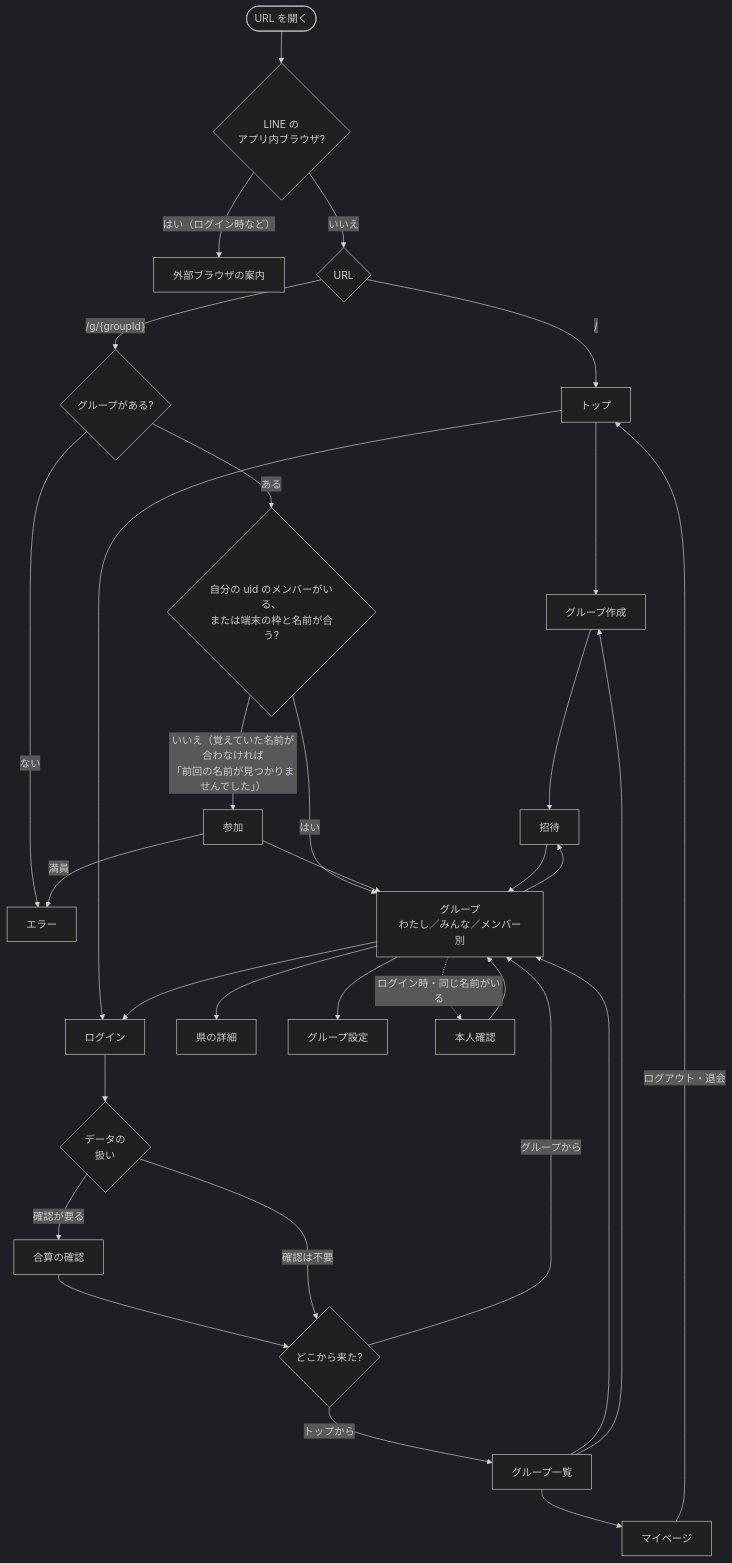
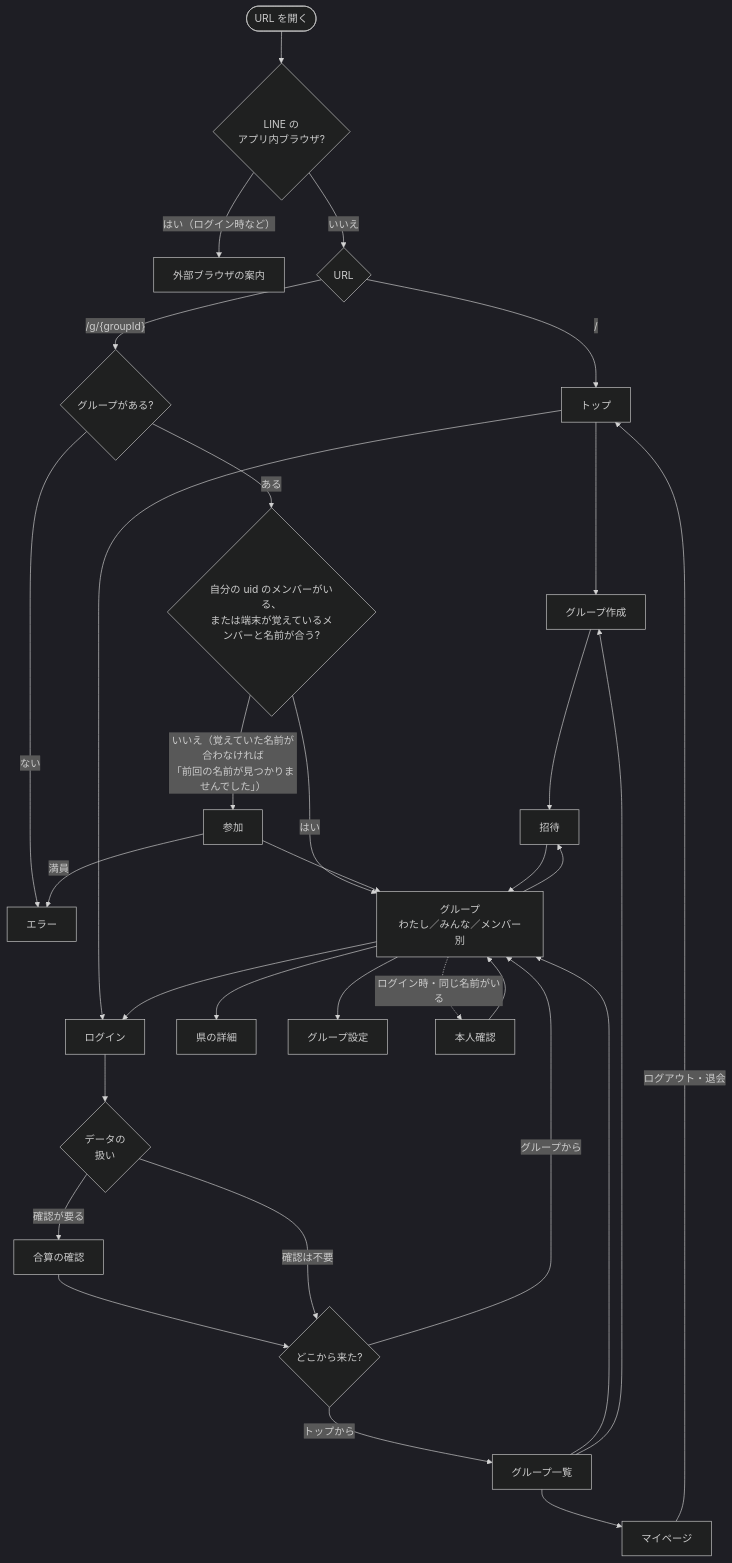
Before and after one commit to yuppy52/tabikaigi-map: the diagram in docs/design/screens.md, drawn with Mermaid (dark theme). The commit also changed other lines of this file and 11 other files, not shown here.

````diff
--- a/docs/design/screens.md
+++ b/docs/design/screens.md
@@ -30,35 +31,35 @@
 ```mermaid
 flowchart TD
   Start(["URL を開く"]) --> IsLine{"LINE の<br/>アプリ内ブラウザ?"}
   IsLine -- "はい（ログイン時など）" --> ExtGuide["外部ブラウザの案内"]
   IsLine -- "いいえ" --> Route{"URL"}
 
   Route -- "/" --> Top["トップ"]
   Route -- "/g/{groupId}" --> Exists{"グループがある?"}
   Exists -- "ない" --> Err["エラー"]
-  Exists -- "ある" --> Known{"自分の uid のメンバーがいる、<br/>または端末の枠と名前が合う?"}
+  Exists -- "ある" --> Known{"自分の uid のメンバーがいる、<br/>または端末が覚えているメンバーと名前が合う?"}
   Known -- "はい" --> Group
   Known -- "いいえ（覚えていた名前が合わなければ<br/>「前回の名前が見つかりませんでした」）" --> Join["参加"]
   Join -- "満員" --> Err
   Join --> Group
 
   Top --> Create["グループ作成"] --> Invite["招待"] --> Group
   Top --> Login["ログイン"]
 
   Group["グループ<br/>わたし／みんな／メンバー別"] --> Pref["県の詳細"]
   Group --> Invite
   Group --> Settings["グループ設定"]
   Group --> Login
 
   Login --> Merge{"データの<br/>扱い"}
   Merge -- "確認が要る" --> MergeDlg["合算の確認"] --> AfterLogin
   Merge -- "確認は不要" --> AfterLogin{"どこから来た?"}
   AfterLogin -- "グループから" --> Group
   AfterLogin -- "トップから" --> List["グループ一覧"]
 
   List --> Group
   List --> Create
   List --> My["マイページ"]
   My -- "ログアウト・退会" --> Top
   Group -. "ログイン時・同じ名前がいる" .-> SameName["本人確認"] --> Group
 ```
````
